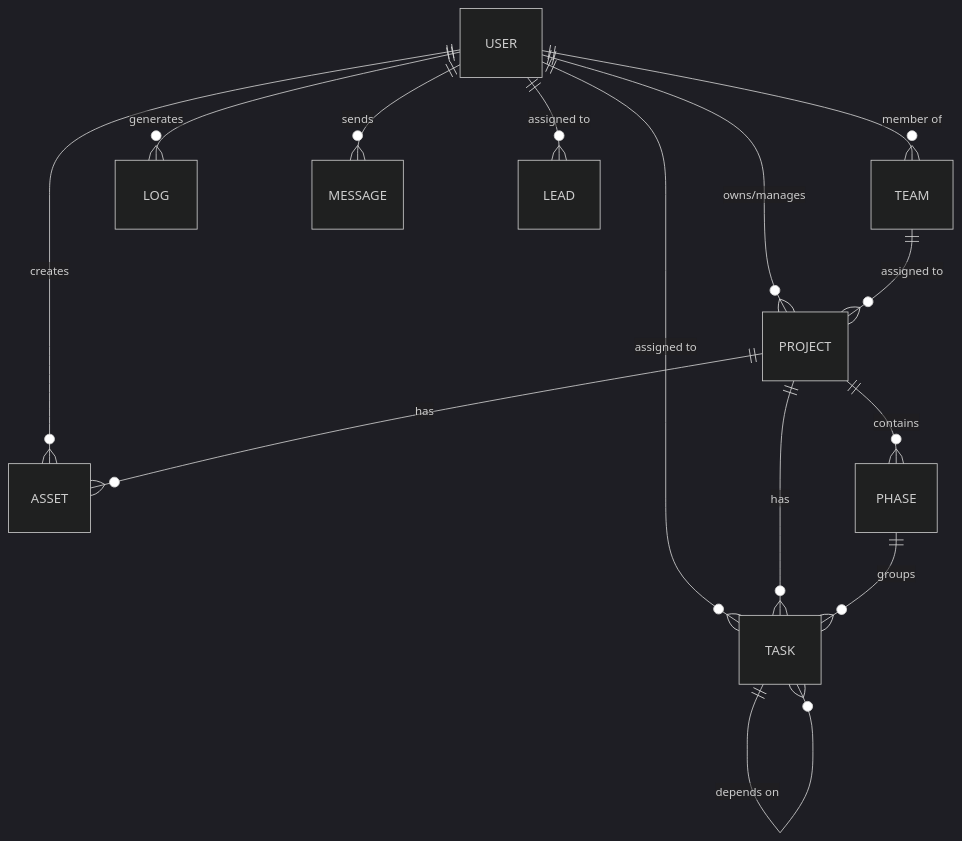
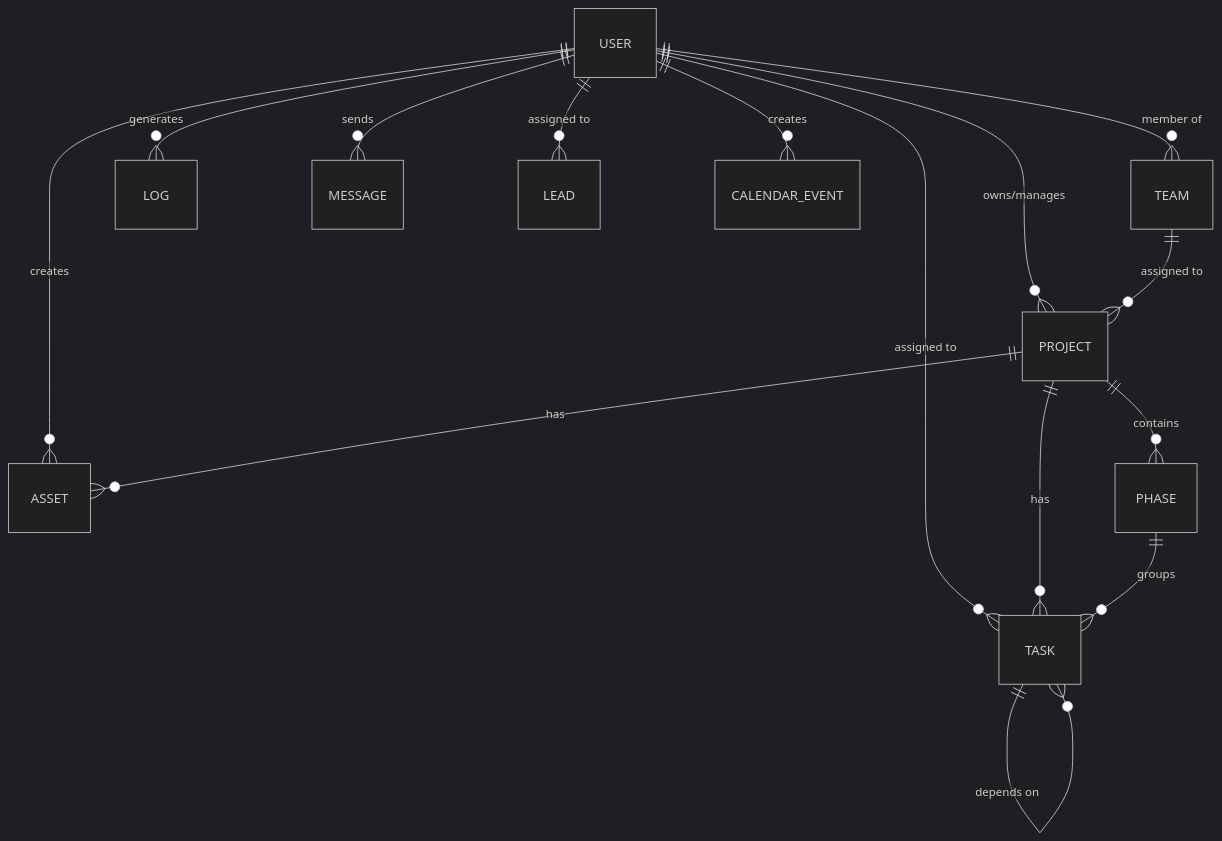
One commit to RaghavSobti37/Taskmaster changed the first of 3 diagrams in agentic_memory/backend_frontend_linkage.md. Above: the diagram before and after it, drawn with Mermaid (dark theme). The commit also changed other lines of this file and 7 other files, not shown here.

````diff
--- a/agentic_memory/backend_frontend_linkage.md
+++ b/agentic_memory/backend_frontend_linkage.md
@@ -11,16 +11,17 @@
 ```mermaid
 erDiagram
     USER ||--o{ TEAM : "member of"
     USER ||--o{ PROJECT : "owns/manages"
     USER ||--o{ TASK : "assigned to"
     USER ||--o{ LOG : "generates"
     USER ||--o{ ASSET : "creates"
     TEAM ||--o{ PROJECT : "assigned to"
     PROJECT ||--o{ PHASE : "contains"
     PROJECT ||--o{ TASK : "has"
     PROJECT ||--o{ ASSET : "has"
     PHASE ||--o{ TASK : "groups"
     TASK ||--o{ TASK : "depends on"
     USER ||--o{ MESSAGE : "sends"
     USER ||--o{ LEAD : "assigned to"
+    USER ||--o{ CALENDAR_EVENT : "creates"
 ```
````
